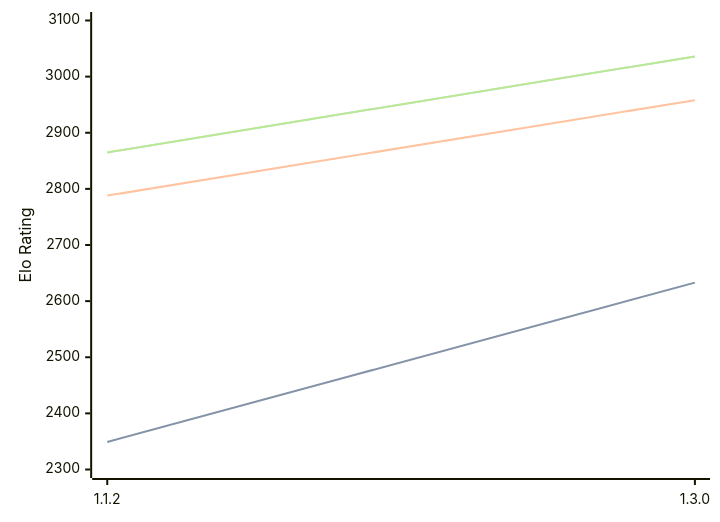
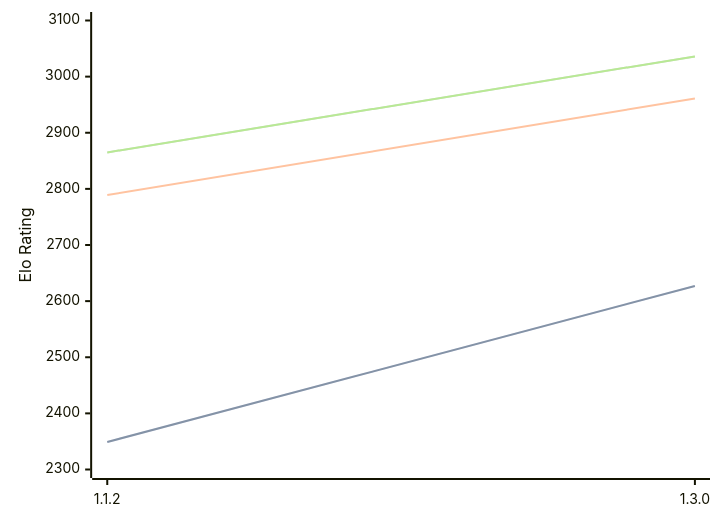
The diagram in engines/Ember.md (computer-chess-index/cci), drawn with Mermaid before and after one commit. The commit also changed other lines of this file, not shown here.

````diff
--- a/engines/Ember.md
+++ b/engines/Ember.md
@@ -41,11 +41,11 @@
 ```mermaid
 %%{init: {"theme":"base","themeVariables":{"seriesColors:['#a3a3a3','#222221','#faa371']}}}%%
 xychart-beta
   x-axis ["1.1.2", "1.3.0"]
   y-axis "Elo Rating" 2300 --> 3100
-  line "" [2349, 2633]
-  line "STC (8.0+0.08s)" [2349, 2633]
-  line "LTC (60.0+0.60s)" [2788, 2958]
+  line "" [2349, 2627]
+  line "STC (8.0+0.08s)" [2349, 2627]
+  line "LTC (60.0+0.60s)" [2789, 2961]
   line "" [2865, 3036]
   line "VLTC (2m24s+1.12s)" [2865, 3036]
 ```
````
